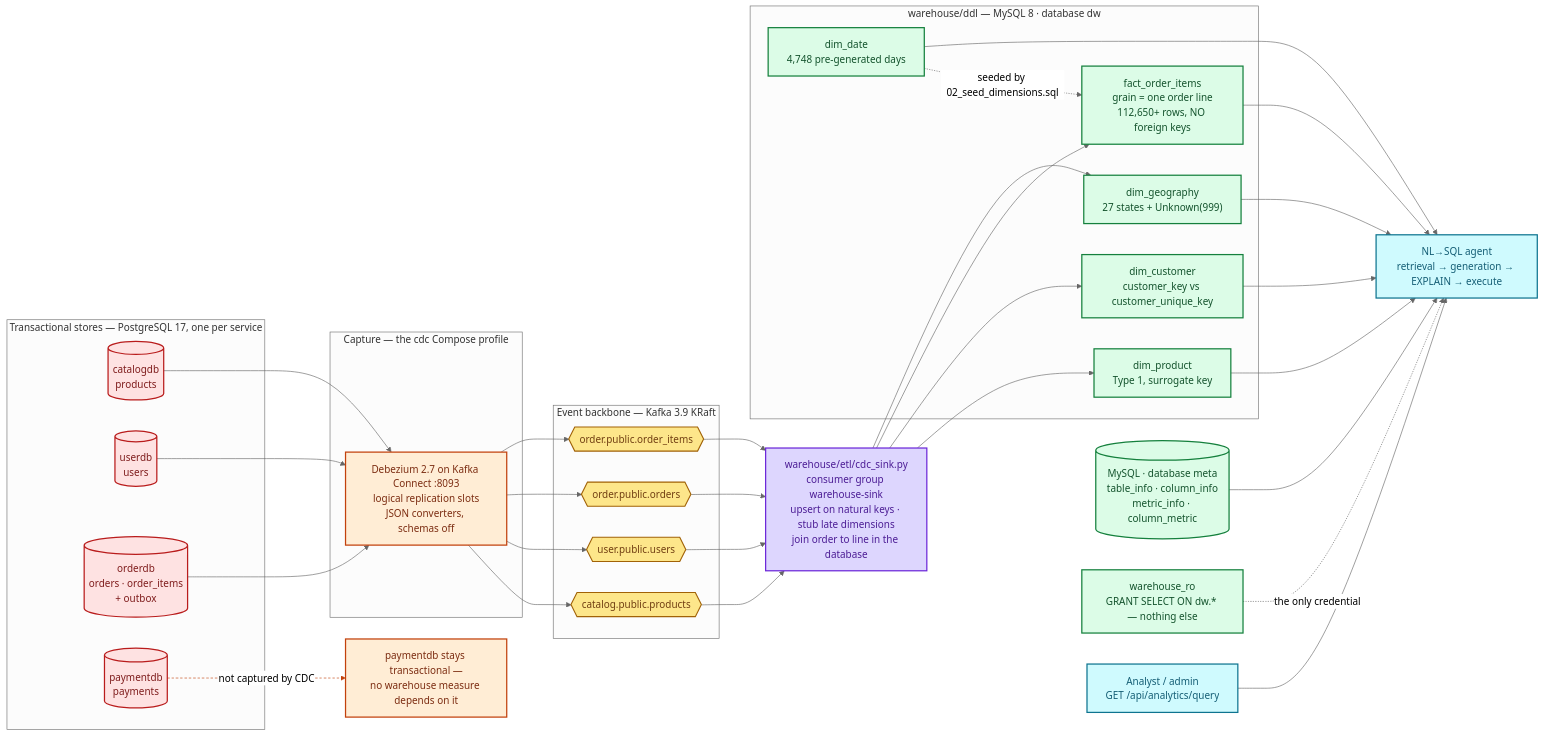
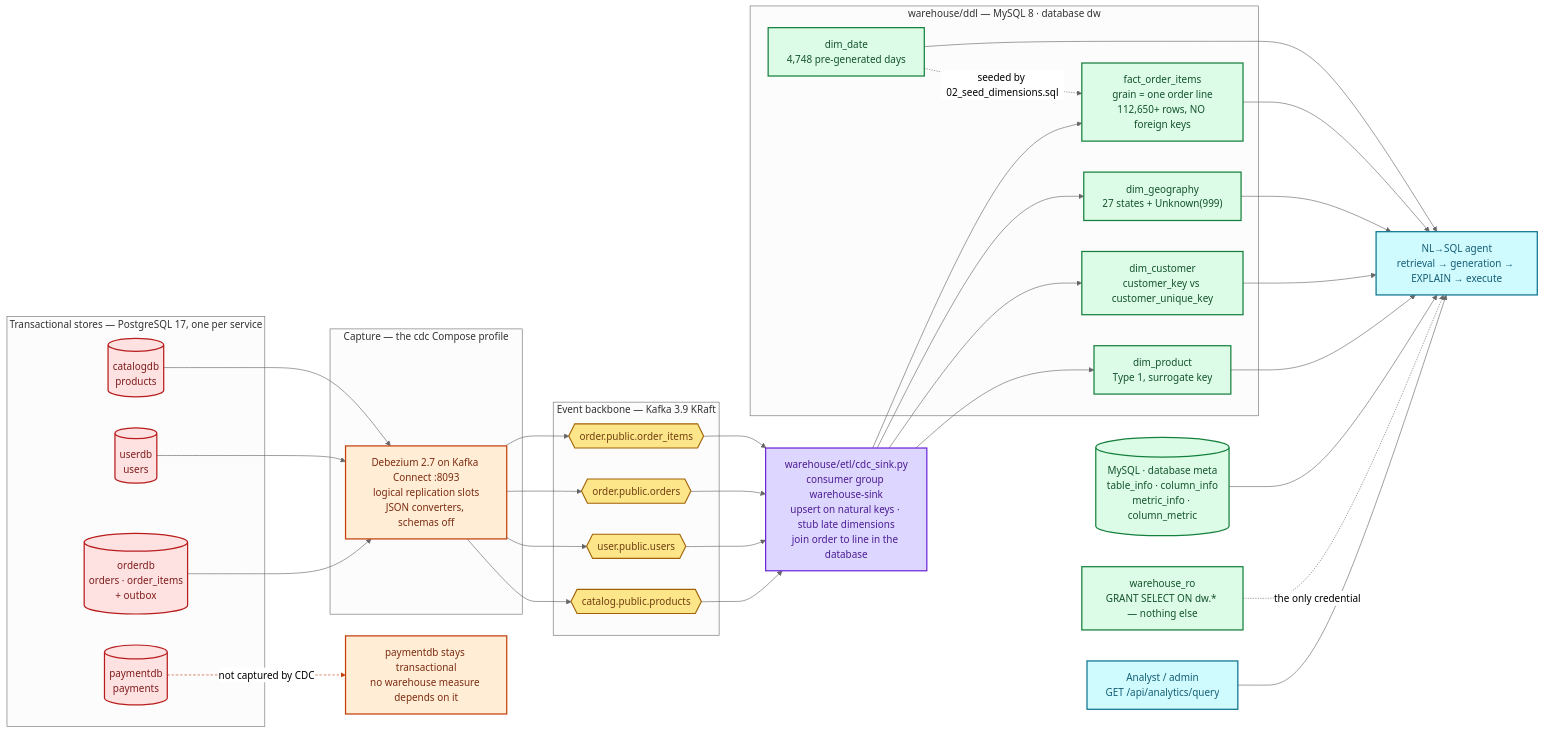
One commit to atul-harsh33108/Commerce-Intelligence changed the second of 4 diagrams in README.md. Above: the diagram before and after it, drawn with Mermaid (neutral theme). The commit also changed other lines of this file, not shown here.

````diff
--- a/README.md
+++ b/README.md
@@ -188,68 +184,72 @@
 ```mermaid
 flowchart LR
   classDef src fill:#fee2e2,stroke:#b91c1c,color:#7f1d1d,stroke-width:2px;
   classDef cdc fill:#ffedd5,stroke:#c2410c,color:#7c2d12,stroke-width:2px;
   classDef topic fill:#fde68a,stroke:#a16207,color:#713f12,stroke-width:1.8px;
   classDef sink fill:#ddd6fe,stroke:#6d28d9,color:#4c1d95,stroke-width:2px;
   classDef dw fill:#dcfce7,stroke:#15803d,color:#14532d,stroke-width:2px;
   classDef consumer fill:#cffafe,stroke:#0e7490,color:#155e75,stroke-width:2px;
 
   subgraph OLTP["Transactional stores — PostgreSQL 17, one per service"]
     CDB[("catalogdb<br/>products")]:::src
     UDB[("userdb<br/>users")]:::src
     ODB[("orderdb<br/>orders · order_items<br/>+ outbox")]:::src
     PDB[("paymentdb<br/>payments")]:::src
   end
 
   subgraph CAPTURE["Capture — the cdc Compose profile"]
     DEB["Debezium 2.7 on Kafka Connect :8093<br/>logical replication slots<br/>JSON converters, schemas off"]:::cdc
   end
 
   subgraph STREAM["Event backbone — Kafka 3.9 KRaft"]
     T1{{"catalog.public.products"}}:::topic
     T2{{"user.public.users"}}:::topic
     T3{{"order.public.orders"}}:::topic
     T4{{"order.public.order_items"}}:::topic
   end
 
   SINK["warehouse/etl/cdc_sink.py<br/>consumer group warehouse-sink<br/>upsert on natural keys · stub late dimensions<br/>join order to line in the database"]:::sink
 
   subgraph WAREHOUSE["warehouse/ddl — MySQL 8 · database dw"]
     DIMD["dim_date<br/>4,748 pre-generated days"]:::dw
     DIMP["dim_product<br/>Type 1, surrogate key"]:::dw
     DIMC["dim_customer<br/>customer_key vs customer_unique_key"]:::dw
     DIM_G["dim_geography<br/>27 states + Unknown(999)"]:::dw
     FACT["fact_order_items<br/>grain = one order line<br/>112,650+ rows, NO foreign keys"]:::dw
   end
 
   META[("MySQL · database meta<br/>table_info · column_info<br/>metric_info · column_metric")]:::dw
   RO["warehouse_ro<br/>GRANT SELECT ON dw.* — nothing else"]:::dw
   AGENTQ["NL→SQL agent<br/>retrieval → generation → EXPLAIN → execute"]:::consumer
   USERQ["Analyst / admin<br/>GET /api/analytics/query"]:::consumer
 
+  NOTE["paymentdb stays transactional<br/>no warehouse measure depends on it"]:::cdc
+
   CDB --> DEB
   UDB --> DEB
   ODB --> DEB
-  DEB --> T1 & T2 & T3 & T4
-  PDB -. "not captured by CDC" .-> NOTE["paymentdb stays transactional —<br/>no warehouse measure depends on it"]:::cdc
-
+  DEB --> T1
+  DEB --> T2
+  DEB --> T3
+  DEB --> T4
+  PDB -.->|"not captured by CDC"| NOTE
   T1 --> SINK
   T2 --> SINK
   T3 --> SINK
   T4 --> SINK
-
-  SINK --> DIMP & DIMC & FACT
+  SINK --> DIMP
+  SINK --> DIMC
   SINK --> DIM_G
-  DIMD -. "seeded by 02_seed_dimensions.sql" .-> FACT
-
+  SINK --> FACT
+  DIMD -.->|"seeded by 02_seed_dimensions.sql"| FACT
   META --> AGENTQ
   FACT --> AGENTQ
   DIMD --> AGENTQ
   DIMP --> AGENTQ
   DIMC --> AGENTQ
   DIM_G --> AGENTQ
-  RO -. "the only credential" .-> AGENTQ
+  RO -.->|"the only credential"| AGENTQ
   USERQ --> AGENTQ
 
   linkStyle 7 stroke:#c2410c,stroke-dasharray:4 3;
 ```
````
